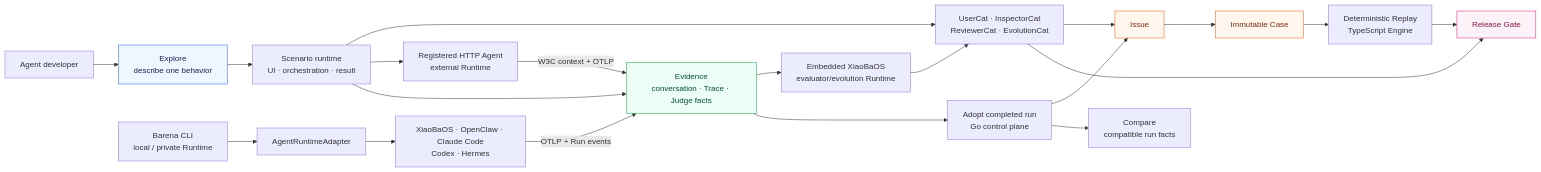
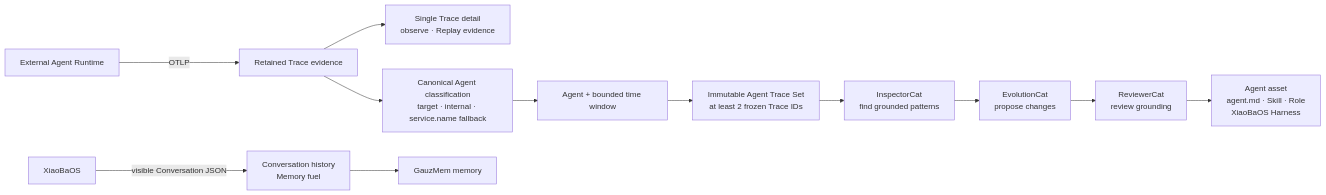
Before and after one commit to fightheyyy/CATENA: the third of 4 diagrams in control-plane/SPEC.md, drawn with Mermaid. The commit also changed other lines of this file and 97 other files, not shown here.

Commit message:
Ship Catena trace evolution beta

````diff
--- a/control-plane/SPEC.md
+++ b/control-plane/SPEC.md
@@ -121,34 +194,14 @@
 ```mermaid
 flowchart LR
-    Dev["Agent developer"] --> Explore["Explore<br/>describe one behavior"]
-    Explore --> Scenario["Scenario runtime<br/>UI · orchestration · result"]
-    Scenario --> Roles["XiaoBaOS evaluator roles<br/>UserCat · ReviewerCat"]
-    Scenario --> HTTP["Registered HTTP Agent<br/>external Runtime"]
-    HTTP -- "W3C context + OTLP" --> Trace["Evidence<br/>conversation · Trace · Judge facts"]
-    Scenario --> Trace
-    Trace --> EvolutionRuntime["Embedded XiaoBaOS<br/>evaluator/evolution Runtime"]
-    EvolutionRuntime --> Roles["UserCat · InspectorCat<br/>ReviewerCat · EvolutionCat"]
-    Trace --> Adopt["Adopt completed run<br/>Go control plane"]
-    Adopt --> Issue["Issue"]
-    Roles --> Issue
-    Issue --> Case["Immutable Case"]
-    Case --> Replay["Deterministic Replay<br/>TypeScript Engine"]
-    Replay --> Gate["Release Gate"]
-    Roles --> Gate
-    Adopt --> Compare["Compare<br/>compatible run facts"]
-
-    CLI["Barena CLI<br/>local / private Runtime"] --> Adapter["AgentRuntimeAdapter"]
-    Adapter --> Local["XiaoBaOS · OpenClaw · Claude Code<br/>Codex · Hermes"]
-    Local -- "OTLP + Run events" --> Trace
-
-    classDef source fill:#eff6ff,stroke:#2563eb,color:#172554;
-    classDef observe fill:#ecfdf5,stroke:#16a34a,color:#064e3b;
-    classDef control fill:#fff7ed,stroke:#ea580c,color:#7c2d12;
-    classDef evaluate fill:#f5f3ff,stroke:#7c3aed,color:#4c1d95;
-    classDef release fill:#fdf2f8,stroke:#db2777,color:#831843;
-    class Explore,Session source;
-    class Trace observe;
-    class Issue,Case control;
-    class Verify evaluate;
-    class Gate,Version release;
+    Runtime["External Agent Runtime"] --> |"OTLP"| Trace["Retained Trace evidence"]
+    XiaoBa["XiaoBaOS"] --> |"visible Conversation JSON"| Conversation["Conversation history<br/>Memory fuel"]
+    Trace --> Observe["Single Trace detail<br/>observe · Replay evidence"]
+    Trace --> Classify["Canonical Agent classification<br/>target · internal · service.name fallback"]
+    Classify --> Select["Agent + bounded time window"]
+    Select --> Set["Immutable Agent Trace Set<br/>at least 2 frozen Trace IDs"]
+    Set --> Inspector["InspectorCat<br/>find grounded patterns"]
+    Inspector --> Evolution["EvolutionCat<br/>propose changes"]
+    Evolution --> Reviewer["ReviewerCat<br/>review grounding"]
+    Reviewer --> Candidate["Agent asset<br/>agent.md · Skill · Role<br/>XiaoBaOS Harness"]
+    Conversation --> Memory["GauzMem memory"]
 ```
````
